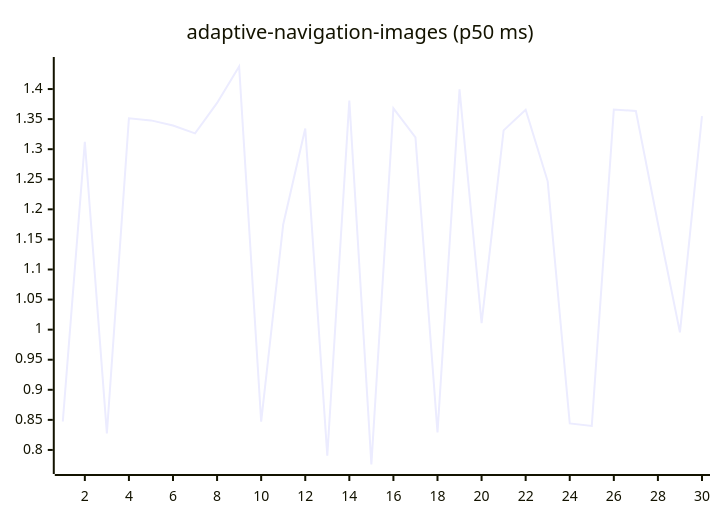
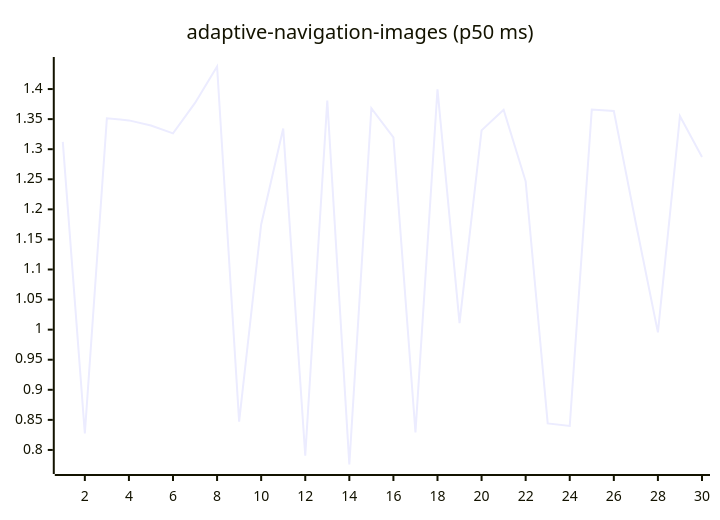
One commit to josha/Facet changed the first of 27 diagrams in README.md. Above: the diagram before and after it, drawn with Mermaid. The commit also changed other lines of this file and 2 other files, not shown here.

````diff
--- a/README.md
+++ b/README.md
@@ -63,6 +63,6 @@
 ```mermaid
 xychart-beta
     title "adaptive-navigation-images (p50 ms)"
     x-axis 1 --> 30
-    line [0.8473, 1.3121, 0.8274, 1.3515, 1.3479, 1.3395, 1.3263, 1.3769, 1.4375, 0.8471, 1.1748, 1.3343, 0.7905, 1.3810, 0.7758, 1.3680, 1.3197, 0.8291, 1.3996, 1.0110, 1.3313, 1.3656, 1.2466, 0.8441, 0.8400, 1.3659, 1.3636, 1.1770, 0.9954, 1.3550]
+    line [1.3121, 0.8274, 1.3515, 1.3479, 1.3395, 1.3263, 1.3769, 1.4375, 0.8471, 1.1748, 1.3343, 0.7905, 1.3810, 0.7758, 1.3680, 1.3197, 0.8291, 1.3996, 1.0110, 1.3313, 1.3656, 1.2466, 0.8441, 0.8400, 1.3659, 1.3636, 1.1770, 0.9954, 1.3550, 1.2872]
 ```
````
